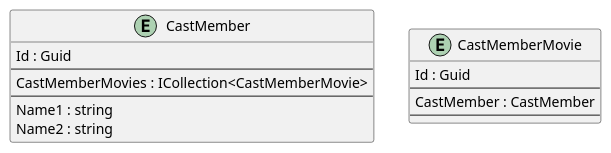
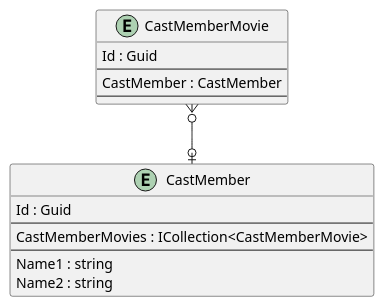
Before and after one commit to intrepion/BlazorWebAppMovies: the diagram in .docs/BlazorWebAppMovies.pu, drawn with PlantUML.

```diff
--- a/.docs/BlazorWebAppMovies.pu
+++ b/.docs/BlazorWebAppMovies.pu
@@ -1,27 +1,28 @@
 @startuml
 
 entity CastMember {
     Id : Guid
     --
     CastMemberMovies : ICollection<CastMemberMovie>
     ' CastMemberKeyCodePlaceholder
     --
     Name1 : string
     Name2 : string
     ' CastMemberPropertyCodePlaceholder
 }
 
 entity CastMemberMovie {
     Id : Guid
     --
     CastMember : CastMember
     ' CastMemberMovieKeyCodePlaceholder
     --
     ' CastMemberMoviePropertyCodePlaceholder
 }
 
 ' EntityCodePlaceholder
 
+CastMemberMovie }o--o| CastMember
 ' RelationshipCodePlaceholder
 
 @enduml
```
